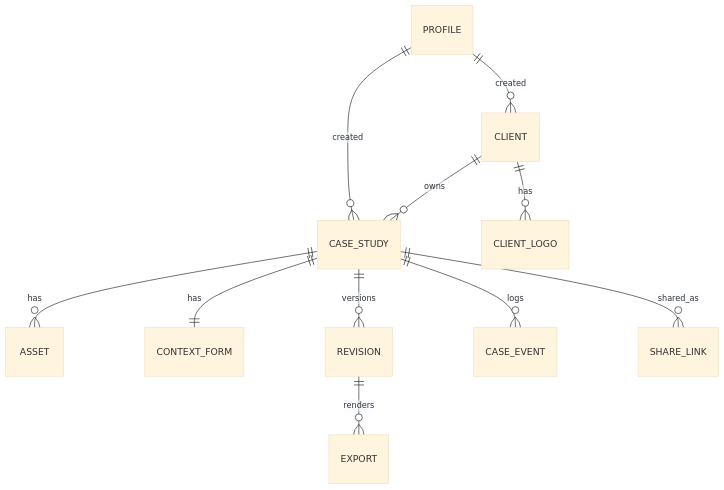
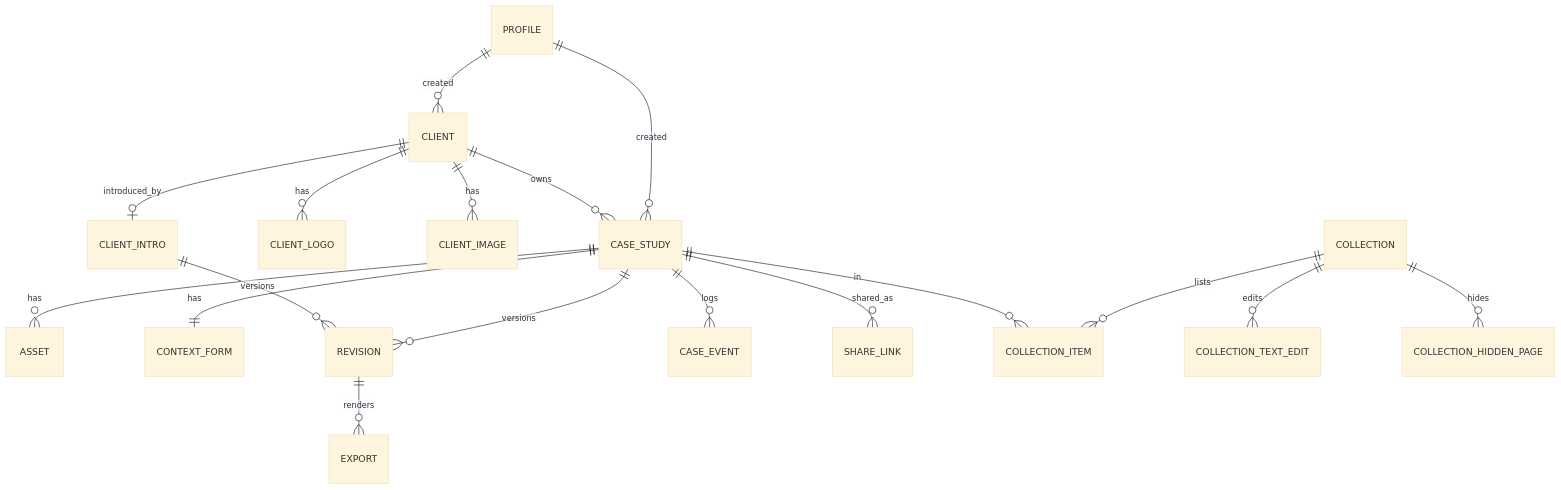
The fourth of 5 diagrams in _bmad-output/planning-artifacts/architecture/architecture-MAC Recap-2026-10-08/ARCHITECTURE-SPINE.md (mac-sonja/mac-recap), drawn with Mermaid (base theme) before and after one commit. The commit also changed other lines of this file and 12 other files, not shown here.

First line of the commit message:
docs(plan): client intro, client overview, client downloads and collections (SCP 2026-10-16)

````diff
--- a/_bmad-output/planning-artifacts/architecture/architecture-MAC Recap-2026-10-08/ARCHITECTURE-SPINE.md
+++ b/_bmad-output/planning-artifacts/architecture/architecture-MAC Recap-2026-10-08/ARCHITECTURE-SPINE.md
@@ -406,16 +438,23 @@
 ```mermaid
 erDiagram
   PROFILE ||--o{ CASE_STUDY : created
   PROFILE ||--o{ CLIENT : created
   CLIENT ||--o{ CASE_STUDY : owns
   CLIENT ||--o{ CLIENT_LOGO : has
   %% CLIENT.logo_id -> current CLIENT_LOGO (AD-22)
   %% CASE_STUDY carries code + number (AD-21)
   CASE_STUDY ||--o{ ASSET : has
   %% ASSET carries is_favourite (boolean, default false; images and videos only, AD-14)
   CASE_STUDY ||--|| CONTEXT_FORM : has
   CASE_STUDY ||--o{ REVISION : versions
   CASE_STUDY ||--o{ CASE_EVENT : logs
   CASE_STUDY ||--o{ SHARE_LINK : shared_as
   REVISION ||--o{ EXPORT : renders
+  CLIENT ||--o{ CLIENT_IMAGE : has
+  CLIENT ||--o| CLIENT_INTRO : introduced_by
+  CLIENT_INTRO ||--o{ REVISION : versions
+  COLLECTION ||--o{ COLLECTION_ITEM : lists
+  CASE_STUDY ||--o{ COLLECTION_ITEM : in
+  COLLECTION ||--o{ COLLECTION_TEXT_EDIT : edits
+  COLLECTION ||--o{ COLLECTION_HIDDEN_PAGE : hides
 ```
````
